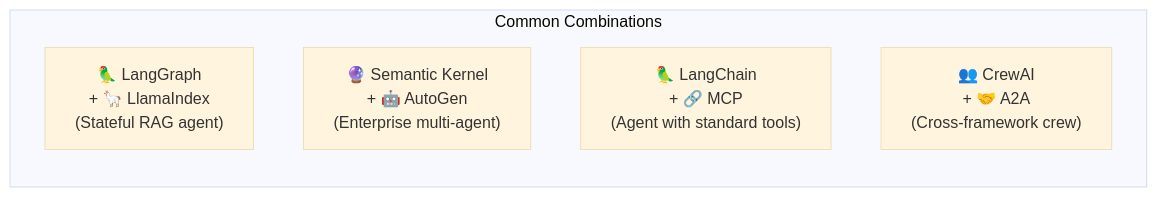
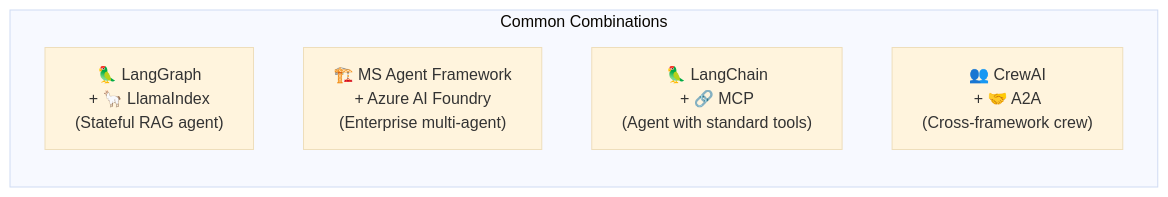
Before and after one commit to roie9876/AI-Agent-Platform: diagram 18 of 19 in education/en/16-agent-frameworks.md, drawn with Mermaid (base theme). The commit also changed other lines of this file and 1 other file, not shown here.

First line of the commit message:
feat: add Microsoft Agent Framework and Deep Agents to chapter 16

````diff
--- a/education/en/16-agent-frameworks.md
+++ b/education/en/16-agent-frameworks.md
@@ -712,9 +831,9 @@
 ```mermaid
 graph LR
     subgraph "Common Combinations"
         C1["🦜 LangGraph<br/>+ 🦙 LlamaIndex<br/>(Stateful RAG agent)"]
-        C2["🔮 Semantic Kernel<br/>+ 🤖 AutoGen<br/>(Enterprise multi-agent)"]
+        C2["🏗️ MS Agent Framework<br/>+ Azure AI Foundry<br/>(Enterprise multi-agent)"]
         C3["🦜 LangChain<br/>+ 🔗 MCP<br/>(Agent with standard tools)"]
         C4["👥 CrewAI<br/>+ 🤝 A2A<br/>(Cross-framework crew)"]
     end
 ```
````
